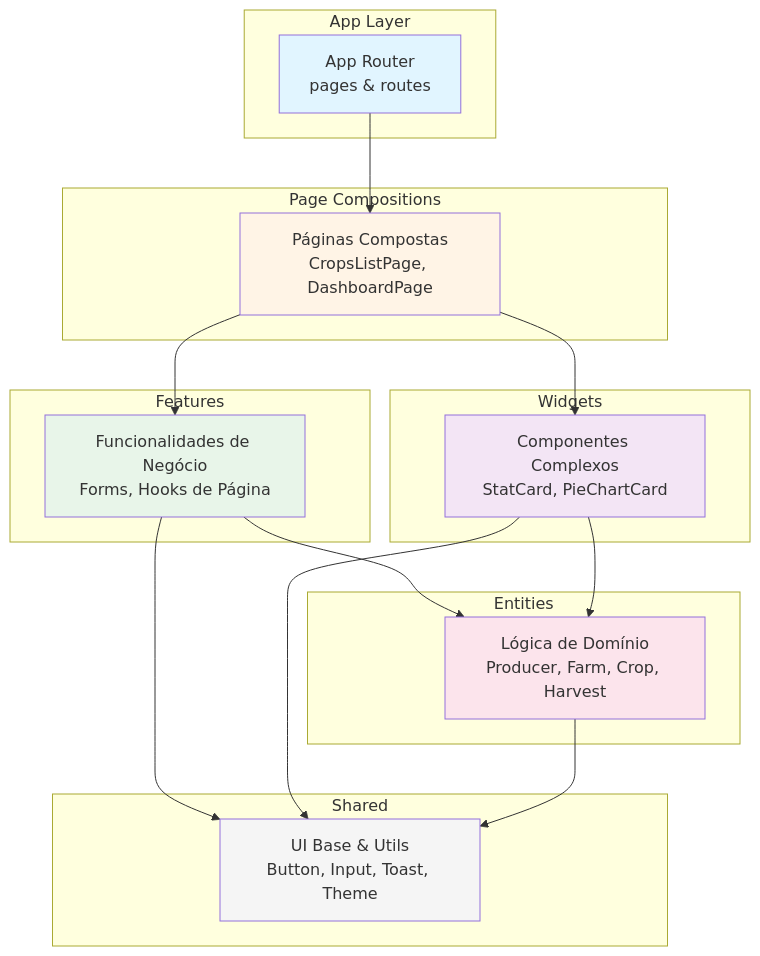
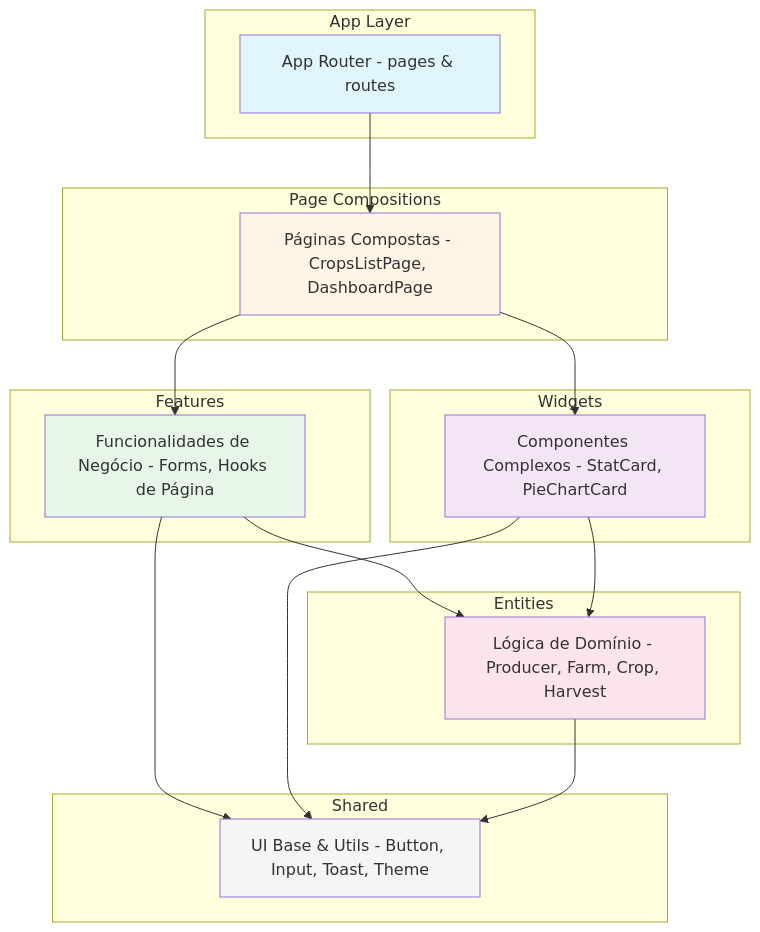
One commit to Fioravante1/brain-agriculture changed the first of 14 diagrams in docs/diagrams.md. Above: the diagram before and after it, drawn with Mermaid. The commit also changed other lines of this file, not shown here.

First line of the commit message:
refactor(docs): atualiza formatação de diagramas no markdown

````diff
--- a/docs/diagrams.md
+++ b/docs/diagrams.md
@@ -42,42 +29,42 @@
 ```mermaid
 graph TB
     subgraph "App Layer"
-        APP[App Router<br/>pages & routes]
+        APP[App Router - pages & routes]
     end
 
     subgraph "Page Compositions"
-        PAGES[Páginas Compostas<br/>CropsListPage, DashboardPage]
+        PAGES[Páginas Compostas - CropsListPage, DashboardPage]
     end
 
     subgraph "Features"
-        FEATURES[Funcionalidades de Negócio<br/>Forms, Hooks de Página]
+        FEATURES[Funcionalidades de Negócio - Forms, Hooks de Página]
     end
 
     subgraph "Widgets"
-        WIDGETS[Componentes Complexos<br/>StatCard, PieChartCard]
+        WIDGETS[Componentes Complexos - StatCard, PieChartCard]
     end
 
     subgraph "Entities"
-        ENTITIES[Lógica de Domínio<br/>Producer, Farm, Crop, Harvest]
+        ENTITIES[Lógica de Domínio - Producer, Farm, Crop, Harvest]
     end
 
     subgraph "Shared"
-        SHARED[UI Base & Utils<br/>Button, Input, Toast, Theme]
+        SHARED[UI Base & Utils - Button, Input, Toast, Theme]
     end
 
     APP --> PAGES
     PAGES --> FEATURES
     PAGES --> WIDGETS
     FEATURES --> ENTITIES
     FEATURES --> SHARED
     WIDGETS --> ENTITIES
     WIDGETS --> SHARED
     ENTITIES --> SHARED
 
     style APP fill:#e1f5ff
     style PAGES fill:#fff4e6
     style FEATURES fill:#e8f5e9
     style WIDGETS fill:#f3e5f5
     style ENTITIES fill:#fce4ec
     style SHARED fill:#f5f5f5
 ```
````
